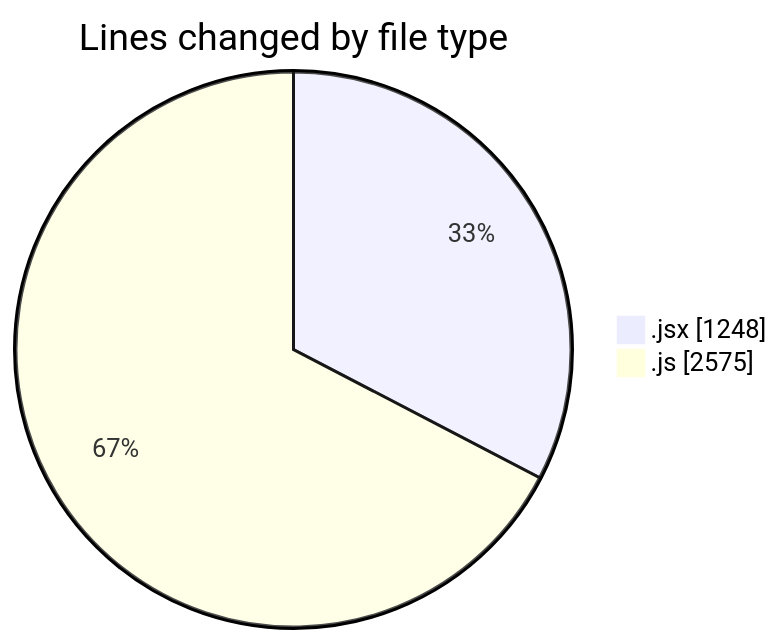
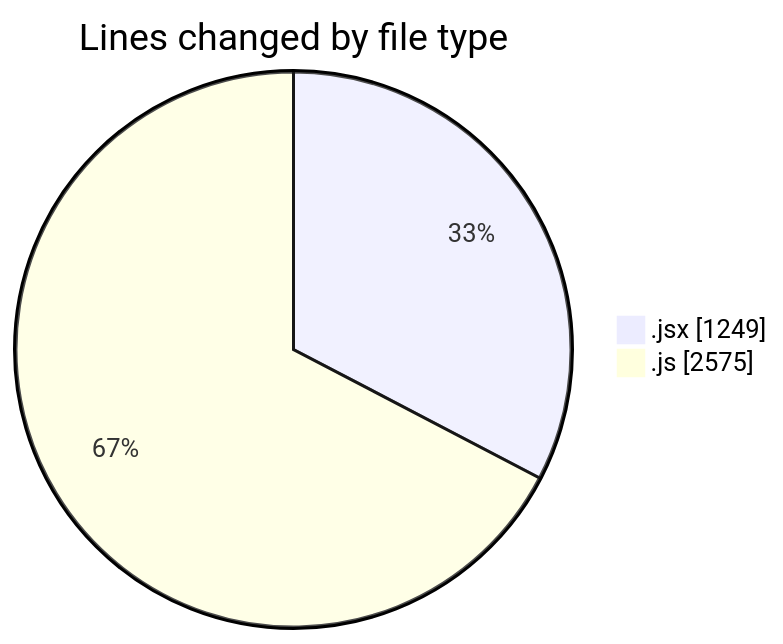
Before and after one commit to nxtqubesakshisongat/code-tracking: the first of 2 diagrams in 2025-07-25/nxtqube_webapp/README.md, drawn with Mermaid. The commit also changed other lines of this file and 1 other file, not shown here.

````diff
--- a/2025-07-25/nxtqube_webapp/README.md
+++ b/2025-07-25/nxtqube_webapp/README.md
@@ -33,6 +33,6 @@
 ```mermaid
 pie showData
 title Lines changed by file type
-".jsx" : 1248
+".jsx" : 1249
 ".js" : 2575
 ```
````
